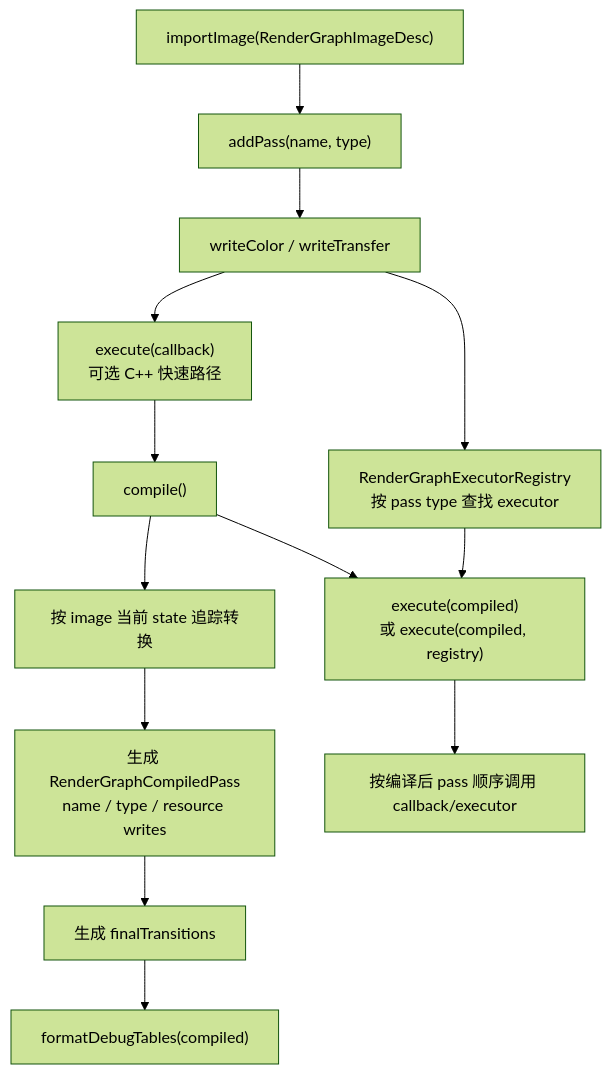
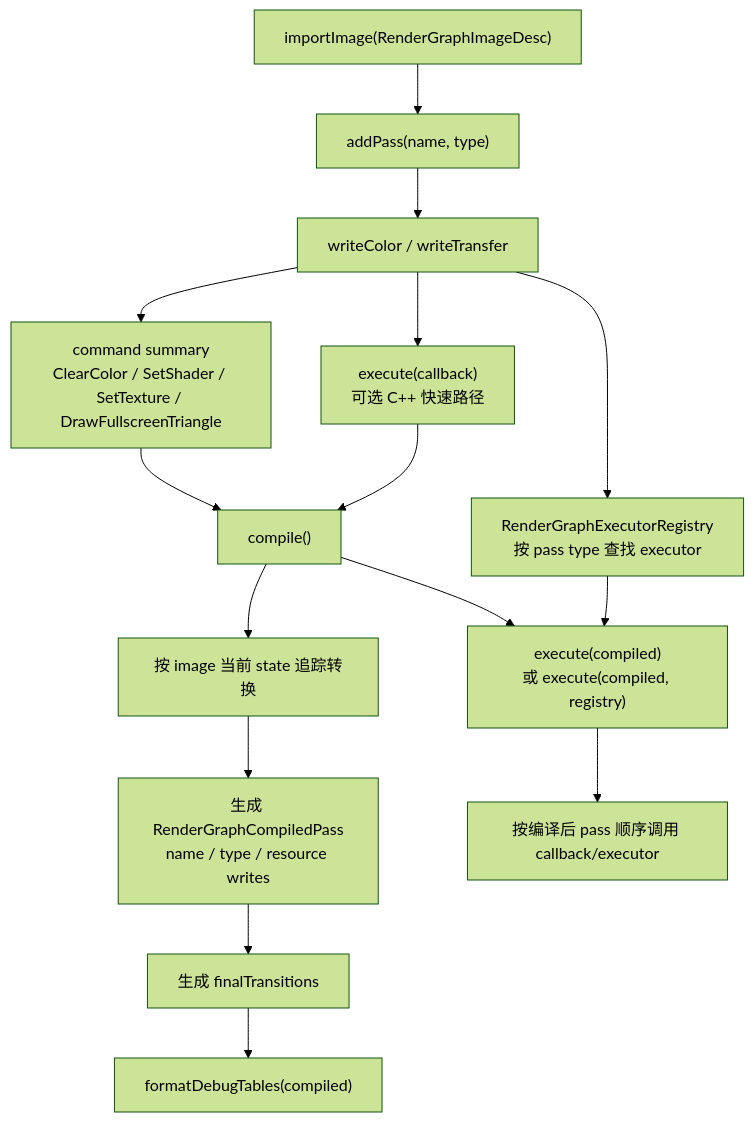
Before and after one commit to 66six11/Engine: the eighth of 11 diagrams in docs/flow-architecture.md, drawn with Mermaid (forest theme). The commit also changed other lines of this file and 3 other files, not shown here.

Commit message:
feat: add render graph command summaries

````diff
--- a/docs/flow-architecture.md
+++ b/docs/flow-architecture.md
@@ -261,22 +261,25 @@
 ```mermaid
 flowchart TD
     Import["importImage(RenderGraphImageDesc)"]
     AddPass["addPass(name, type)"]
     Writes["writeColor / writeTransfer"]
     Callback["execute(callback)<br/>可选 C++ 快速路径"]
+    Commands["command summary<br/>ClearColor / SetShader / SetTexture / DrawFullscreenTriangle"]
     Registry["RenderGraphExecutorRegistry<br/>按 pass type 查找 executor"]
     Compile["compile()"]
     Track["按 image 当前 state 追踪转换"]
     PassPlan["生成 RenderGraphCompiledPass<br/>name / type / resource writes"]
     Final["生成 finalTransitions"]
     DebugTables["formatDebugTables(compiled)"]
     Execute["execute(compiled)<br/>或 execute(compiled, registry)"]
     Callbacks["按编译后 pass 顺序调用 callback/executor"]
 
-    Import --> AddPass --> Writes --> Callback
+    Import --> AddPass --> Writes --> Commands
+    Writes --> Callback
     Writes --> Registry
+    Commands --> Compile
     Callback --> Compile --> Track --> PassPlan --> Final
     Final --> DebugTables
     Compile --> Execute
     Registry --> Execute --> Callbacks
 ```
````
